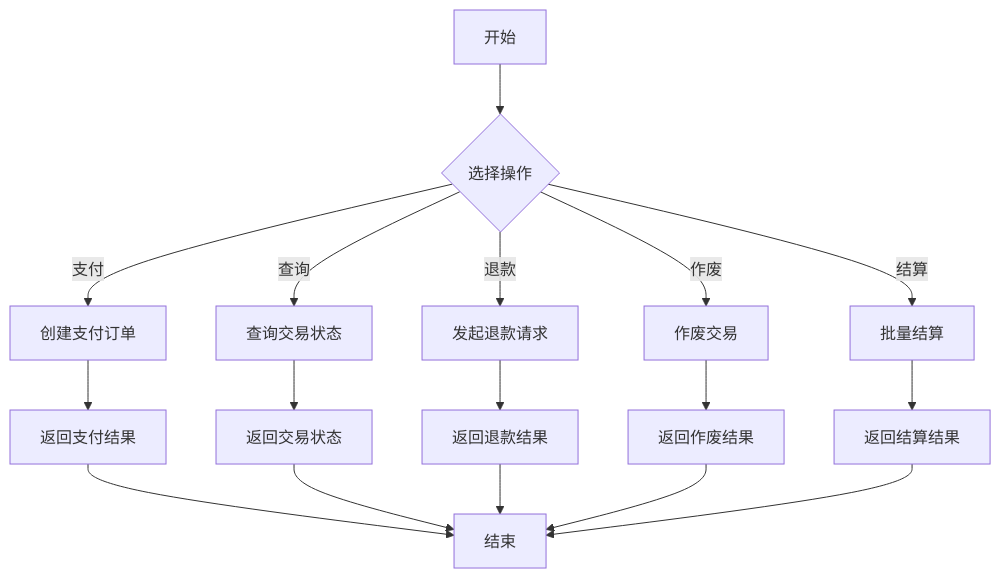
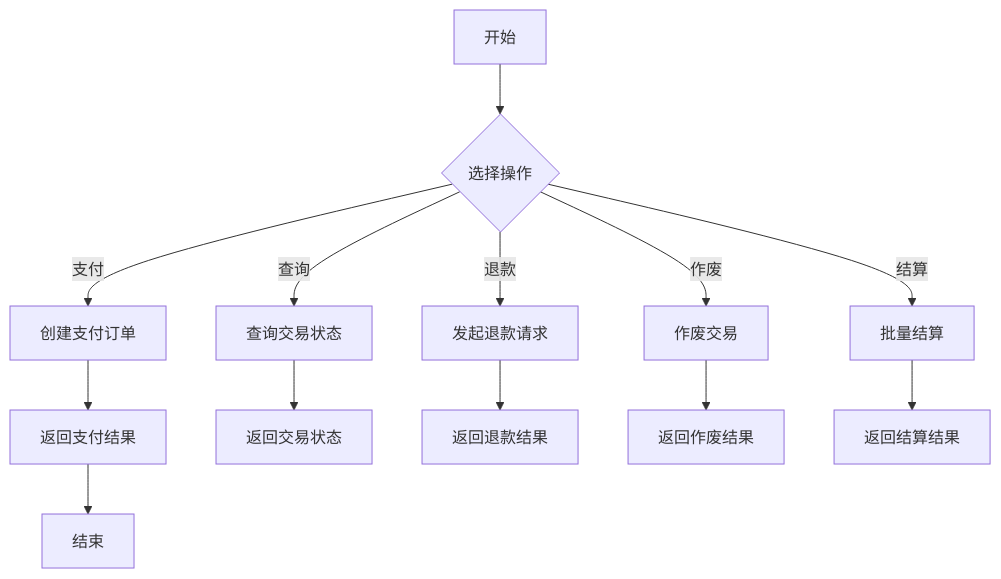
The diagram in README.md (SuperSunSun/FOMO-pay), drawn with Mermaid before and after one commit. The commit also changed other lines of this file and 2 other files, not shown here.

````diff
--- a/README.md
+++ b/README.md
@@ -54,19 +62,15 @@
 ```mermaid
 graph TD
     A[开始] --> B{选择操作}
     B -->|支付| C[创建支付订单]
     C --> D[返回支付结果]
     B -->|查询| E[查询交易状态]
     E --> F[返回交易状态]
     B -->|退款| G[发起退款请求]
     G --> H[返回退款结果]
     B -->|作废| I[作废交易]
     I --> J[返回作废结果]
     B -->|结算| K[批量结算]
     K --> L[返回结算结果]
     D --> M[结束]
-    F --> M
-    H --> M
-    J --> M
-    L --> M
 ```
````
